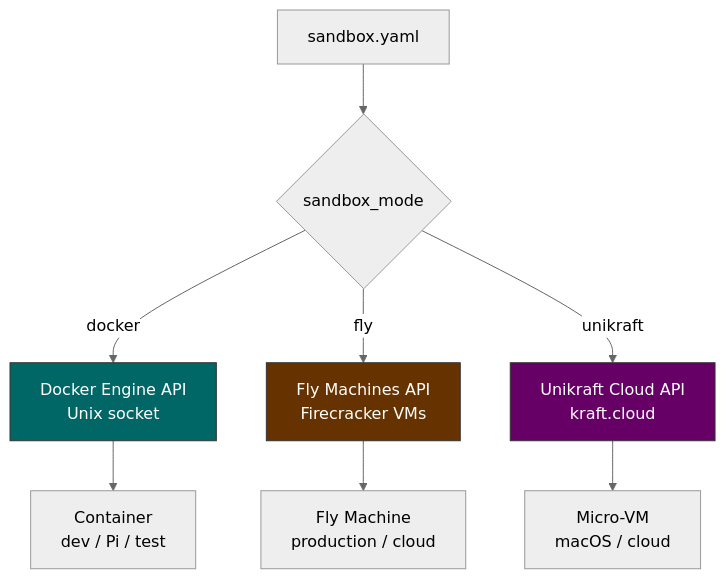
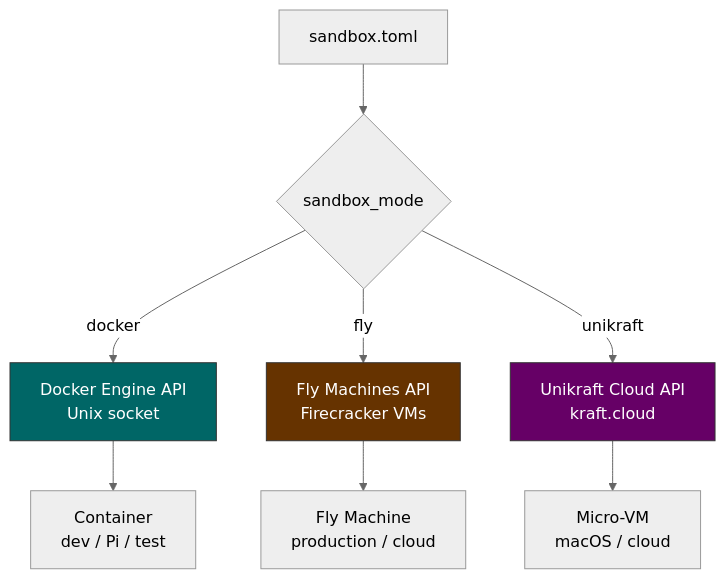
Before and after one commit to Travbz/CommandGrid: the third of 4 diagrams in README.md, drawn with Mermaid (neutral theme). The commit also changed other lines of this file and 3 other files, not shown here.

````diff
--- a/README.md
+++ b/README.md
@@ -272,15 +278,15 @@
 ```mermaid
 flowchart TD
-    Config[sandbox.yaml] --> Switch{sandbox_mode}
+    Config[sandbox.toml] --> Switch{sandbox_mode}
     Switch -->|docker| Docker[Docker Engine API<br/>Unix socket]
     Switch -->|fly| Fly[Fly Machines API<br/>Firecracker VMs]
     Switch -->|unikraft| UKC[Unikraft Cloud API<br/>kraft.cloud]
 
     Docker --> Container[Container<br/>dev / Pi / test]
     Fly --> FlyVM[Fly Machine<br/>production / cloud]
     UKC --> MicroVM[Micro-VM<br/>macOS / cloud]
 
     style Docker fill:#066,stroke:#333,color:#fff
     style Fly fill:#630,stroke:#333,color:#fff
     style UKC fill:#606,stroke:#333,color:#fff
 ```
````
